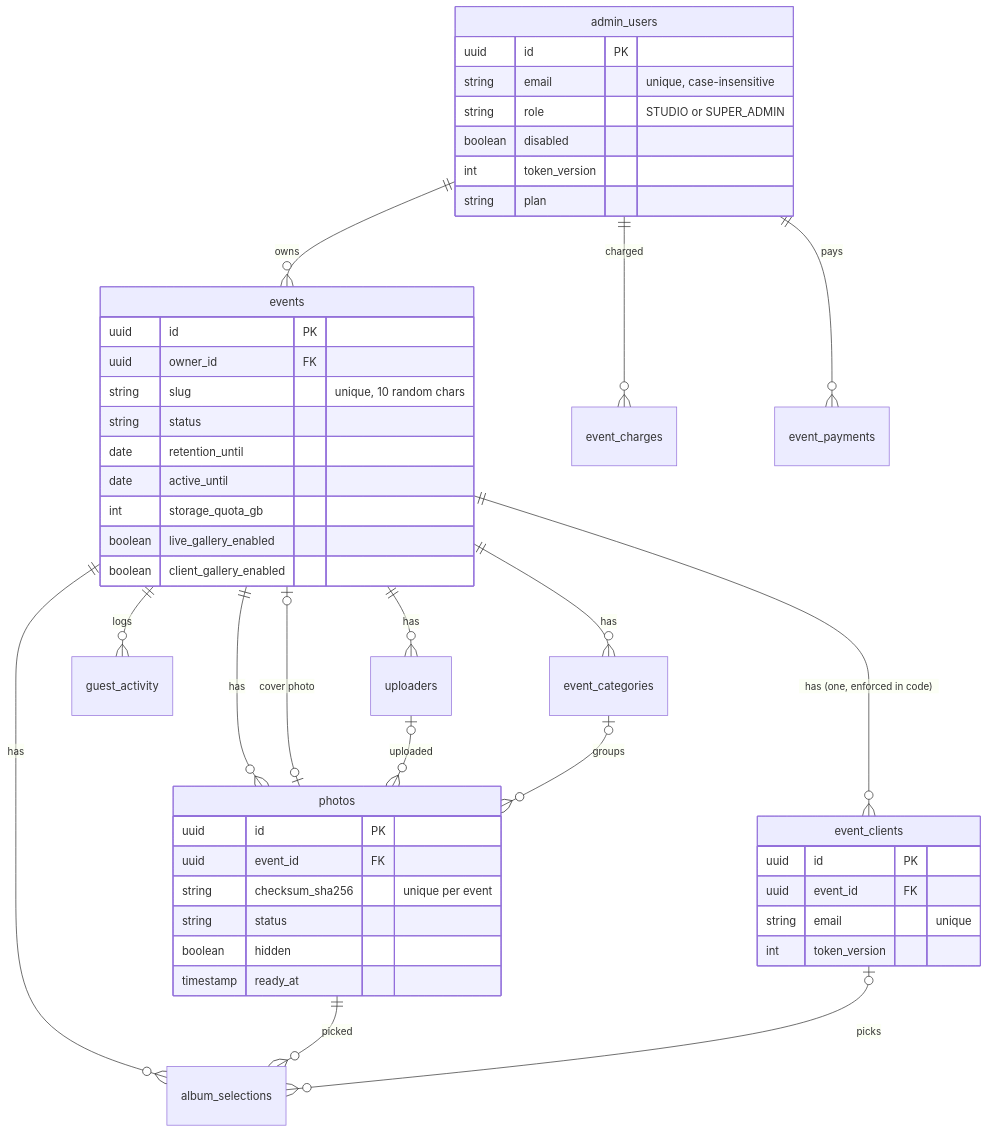
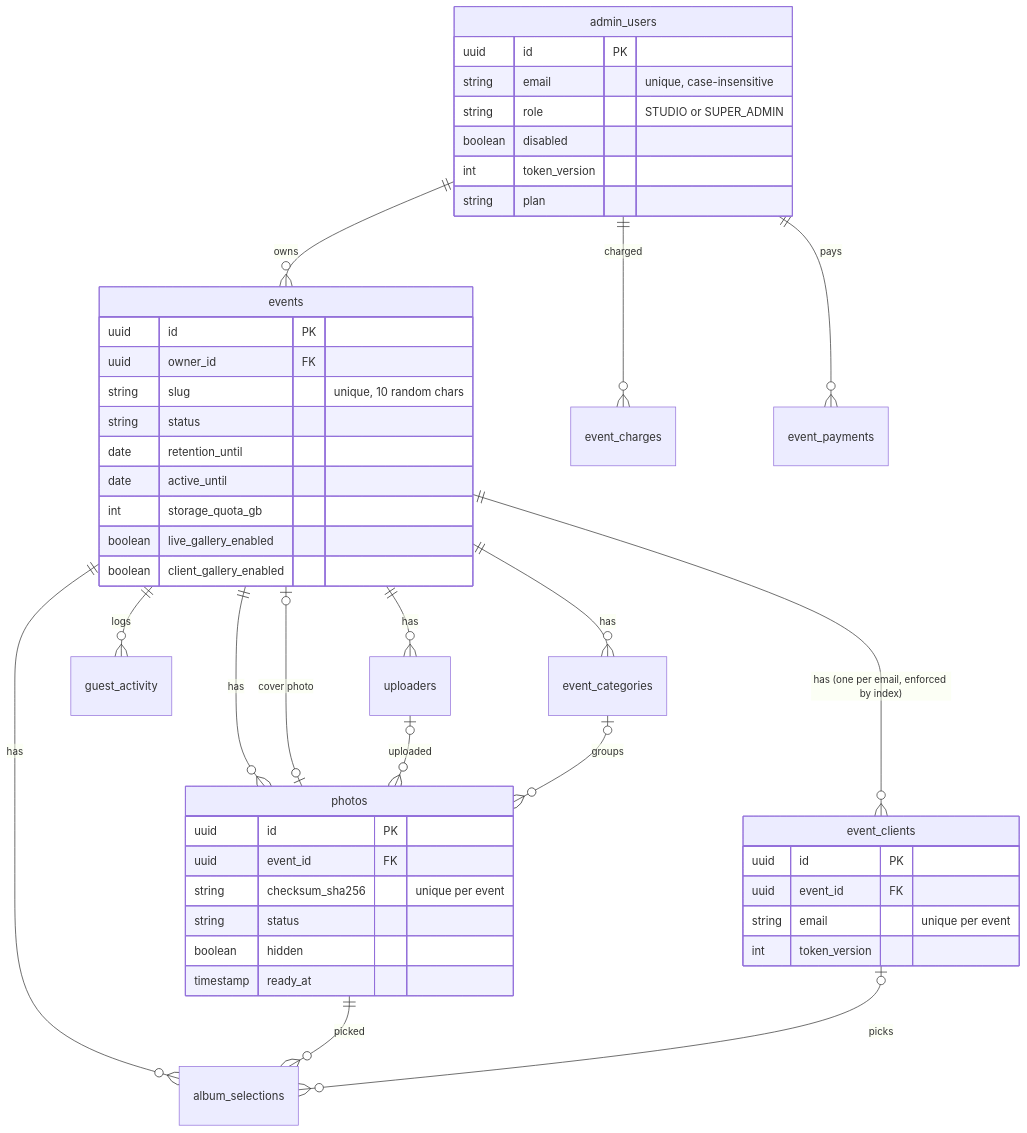
Before and after one commit to MugundhanG/mcreatik-instant-memories: the first of 2 diagrams in backend/src/main/resources/docs/database.md, drawn with Mermaid. The commit also changed other lines of this file and 30 other files, not shown here.

````diff
--- a/backend/src/main/resources/docs/database.md
+++ b/backend/src/main/resources/docs/database.md
@@ -9,50 +9,50 @@
 ```mermaid
 erDiagram
   admin_users ||--o{ events : owns
   admin_users ||--o{ event_charges : charged
   admin_users ||--o{ event_payments : pays
   events ||--o{ uploaders : has
   events ||--o{ photos : has
   events ||--o{ guest_activity : logs
   events ||--o{ event_categories : has
-  events ||--o{ event_clients : "has (one, enforced in code)"
+  events ||--o{ event_clients : "has (one per email, enforced by index)"
   events ||--o{ album_selections : has
   events |o--o| photos : "cover photo"
   uploaders |o--o{ photos : uploaded
   event_categories |o--o{ photos : groups
   photos ||--o{ album_selections : picked
   event_clients |o--o{ album_selections : picks
   admin_users {
     uuid id PK
     string email "unique, case-insensitive"
     string role "STUDIO or SUPER_ADMIN"
     boolean disabled
     int token_version
     string plan
   }
   events {
     uuid id PK
     uuid owner_id FK
     string slug "unique, 10 random chars"
     string status
     date retention_until
     date active_until
     int storage_quota_gb
     boolean live_gallery_enabled
     boolean client_gallery_enabled
   }
   photos {
     uuid id PK
     uuid event_id FK
     string checksum_sha256 "unique per event"
     string status
     boolean hidden
     timestamp ready_at
   }
   event_clients {
     uuid id PK
     uuid event_id FK
-    string email "unique"
+    string email "unique per event"
     int token_version
   }
 ```
````
